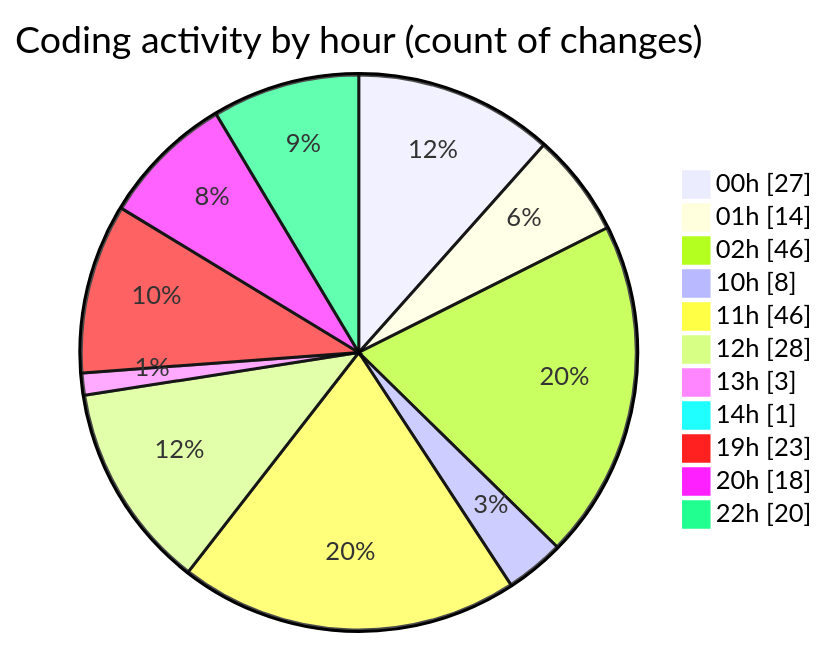
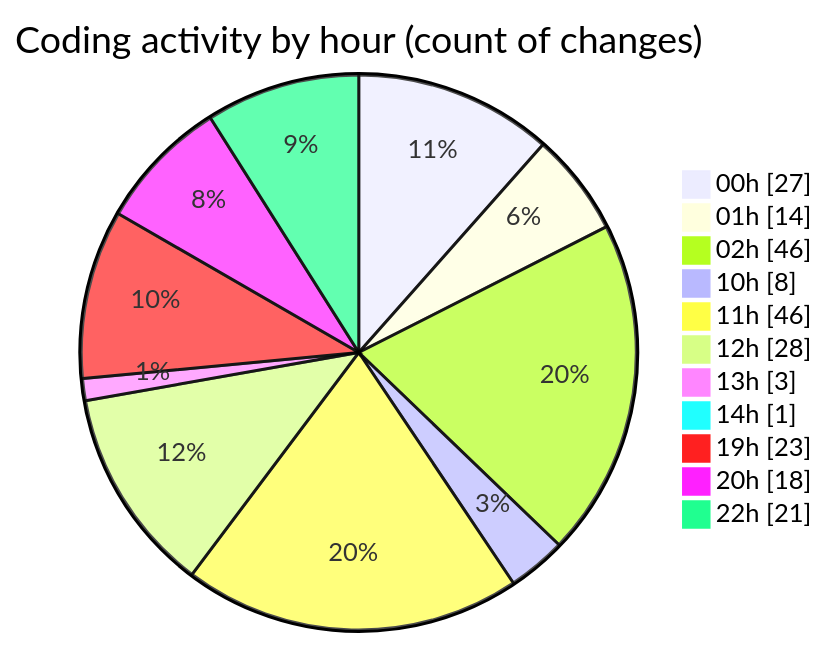
Before and after one commit to lephambinh05/code-tracking: the second of 2 diagrams in 2025-07-17/nhahang/README.md, drawn with Mermaid. The commit also changed other lines of this file and 1 other file, not shown here.

````diff
--- a/2025-07-17/nhahang/README.md
+++ b/2025-07-17/nhahang/README.md
@@ -101,15 +101,15 @@
 ```mermaid
 pie showData
 title Coding activity by hour (count of changes)
 "00h" : 27
 "01h" : 14
 "02h" : 46
 "10h" : 8
 "11h" : 46
 "12h" : 28
 "13h" : 3
 "14h" : 1
 "19h" : 23
 "20h" : 18
-"22h" : 20
+"22h" : 21
 ```
````
